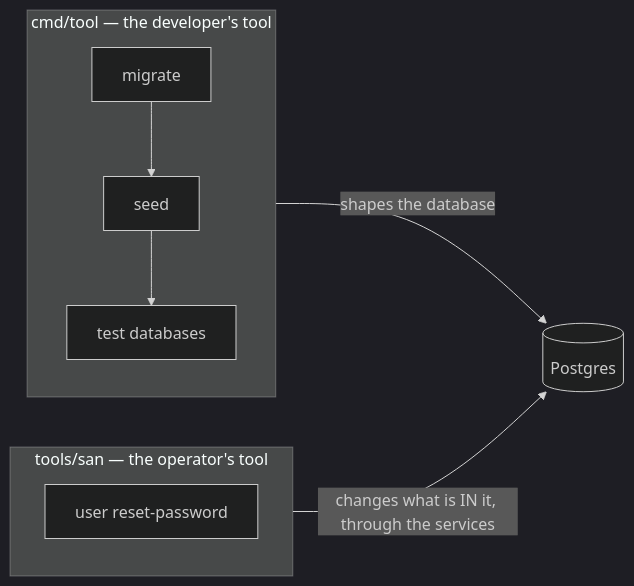
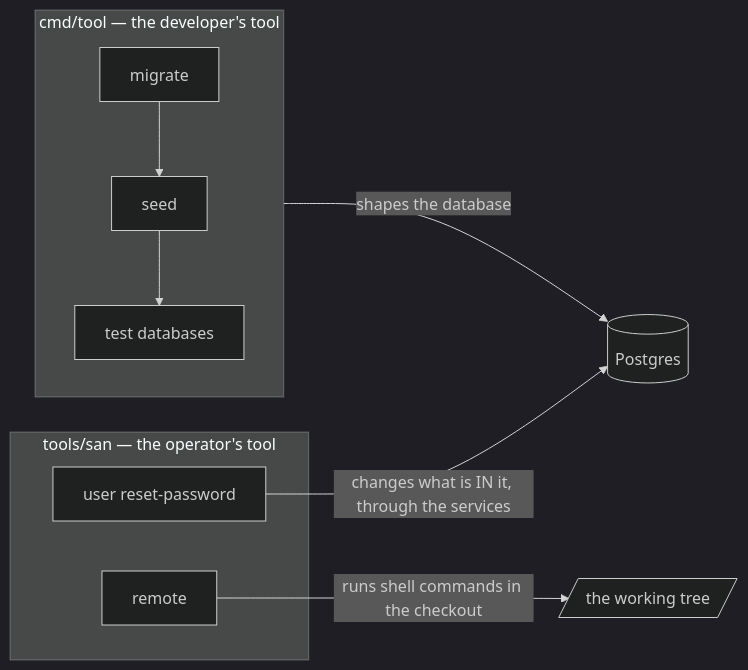
One commit to pdcgo/warehouse_revamp changed the first of 5 diagrams in docs/tools/san.md. Above: the diagram before and after it, drawn with Mermaid (dark theme). The commit also changed other lines of this file and 23 other files, not shown here.

````diff
--- a/docs/tools/san.md
+++ b/docs/tools/san.md
@@ -24,11 +24,13 @@
 ```mermaid
 flowchart LR
     subgraph tool["cmd/tool — the developer's tool"]
         M[migrate] --> S[seed] --> T[test databases]
     end
     subgraph san["tools/san — the operator's tool"]
         U[user reset-password]
+        R[remote]
     end
     tool -->|"shapes the database"| DB[(Postgres)]
-    san -->|"changes what is IN it, through the services"| DB
+    U -->|"changes what is IN it, through the services"| DB
+    R -->|"runs shell commands in the checkout"| WS[/"the working tree"/]
 ```
````
